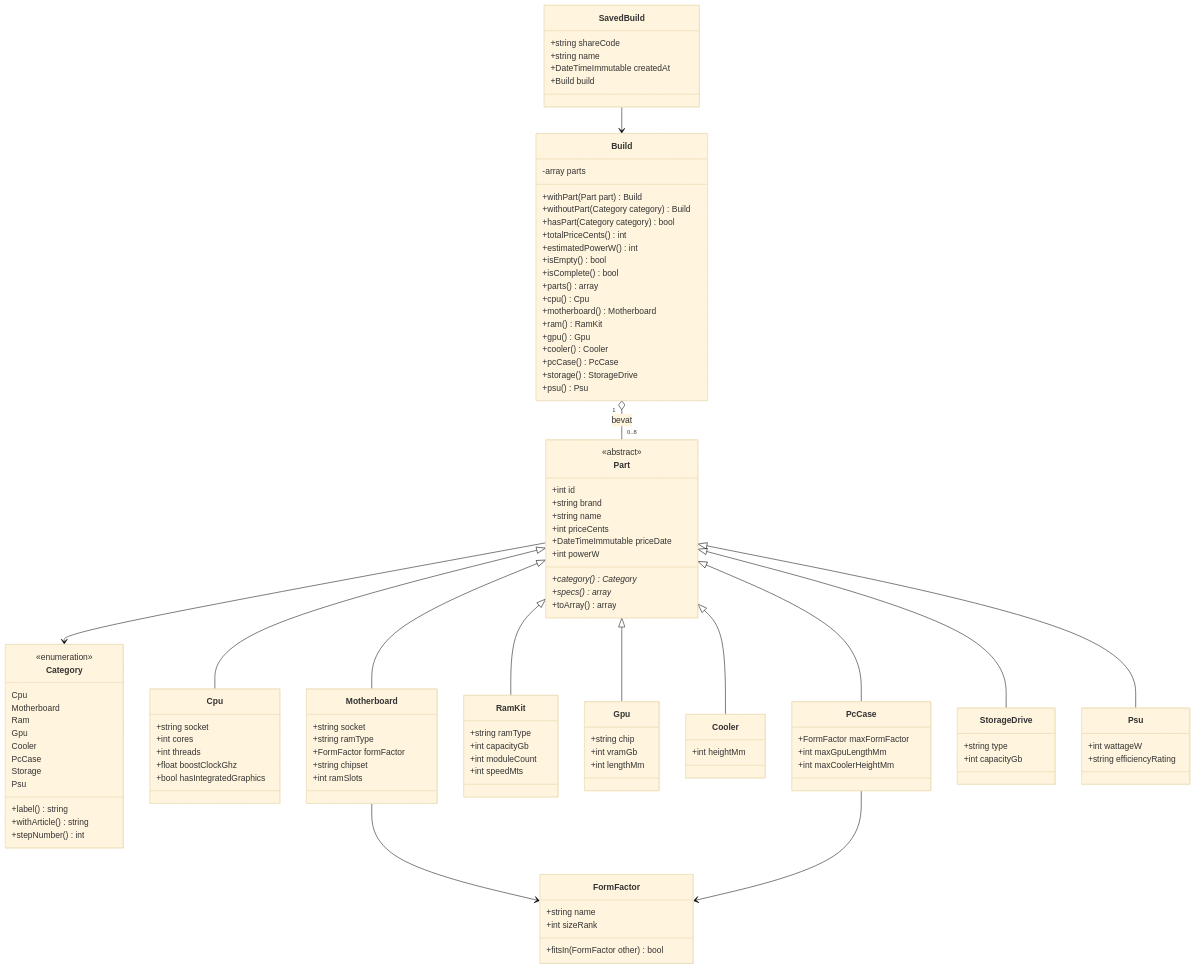
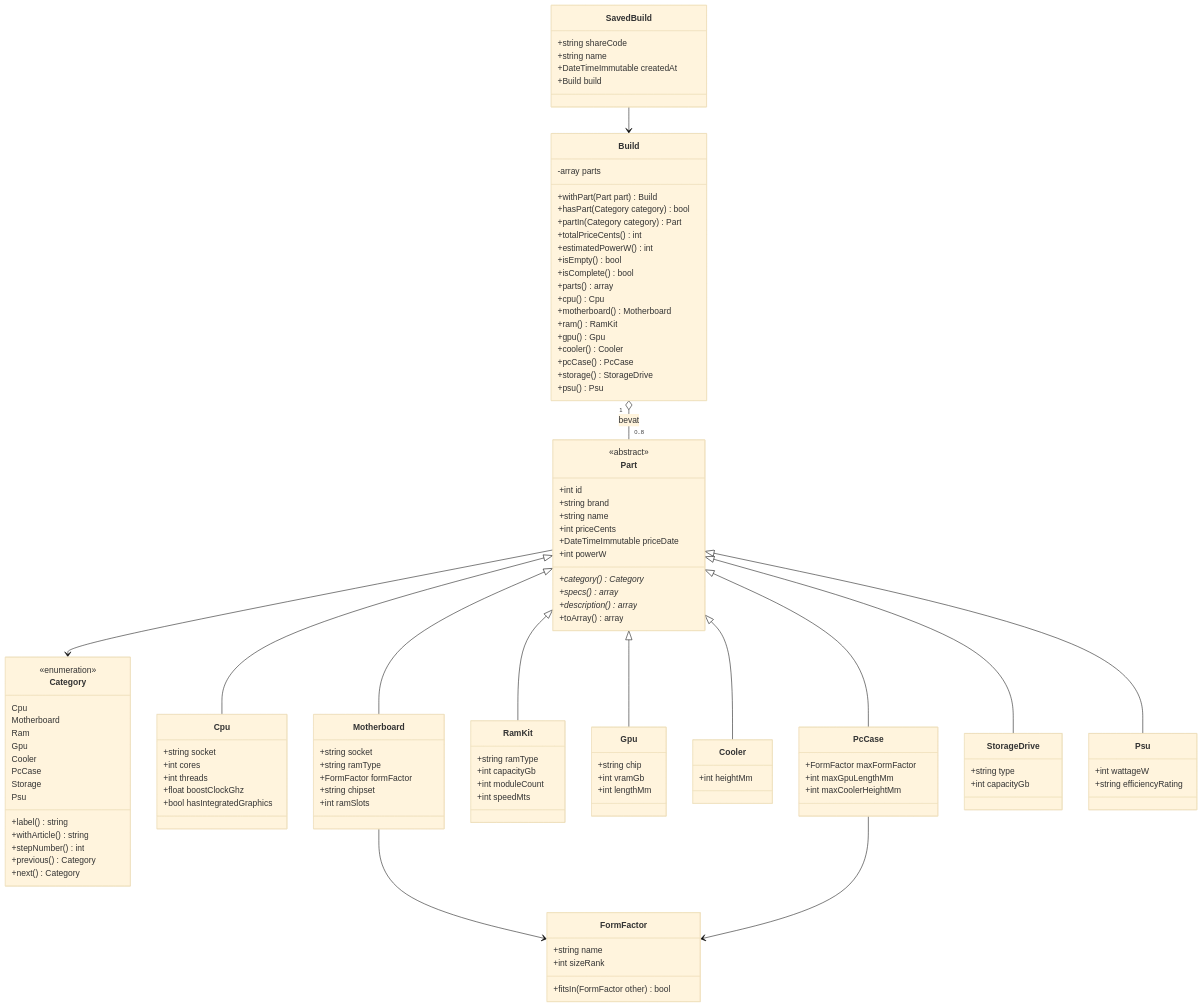
The fourth of 9 diagrams in docs/ontwerp.md (Niels023/pc-bouwplanner), drawn with Mermaid (base theme) before and after one commit. The commit also changed other lines of this file and 4 other files, not shown here.

```diff
--- a/docs/ontwerp.md
+++ b/docs/ontwerp.md
@@ -219,6 +220,8 @@
         +label() string
         +withArticle() string
         +stepNumber() int
+        +previous() Category
+        +next() Category
     }
     class Part {
         <<abstract>>
@@ -230,6 +233,7 @@
         +int powerW
         +category() Category*
         +specs() array*
+        +description() array*
         +toArray() array
     }
     class Cpu {
@@ -281,8 +285,8 @@
     class Build {
         -array parts
         +withPart(Part part) Build
-        +withoutPart(Category category) Build
         +hasPart(Category category) bool
+        +partIn(Category category) Part
         +totalPriceCents() int
         +estimatedPowerW() int
         +isEmpty() bool
```
